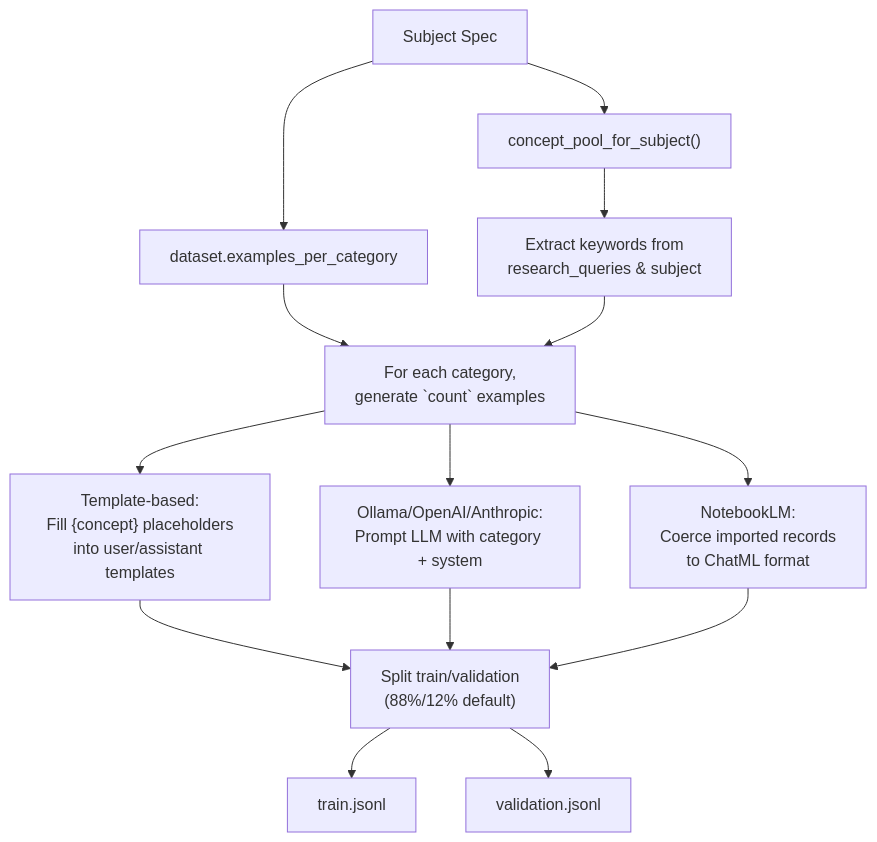
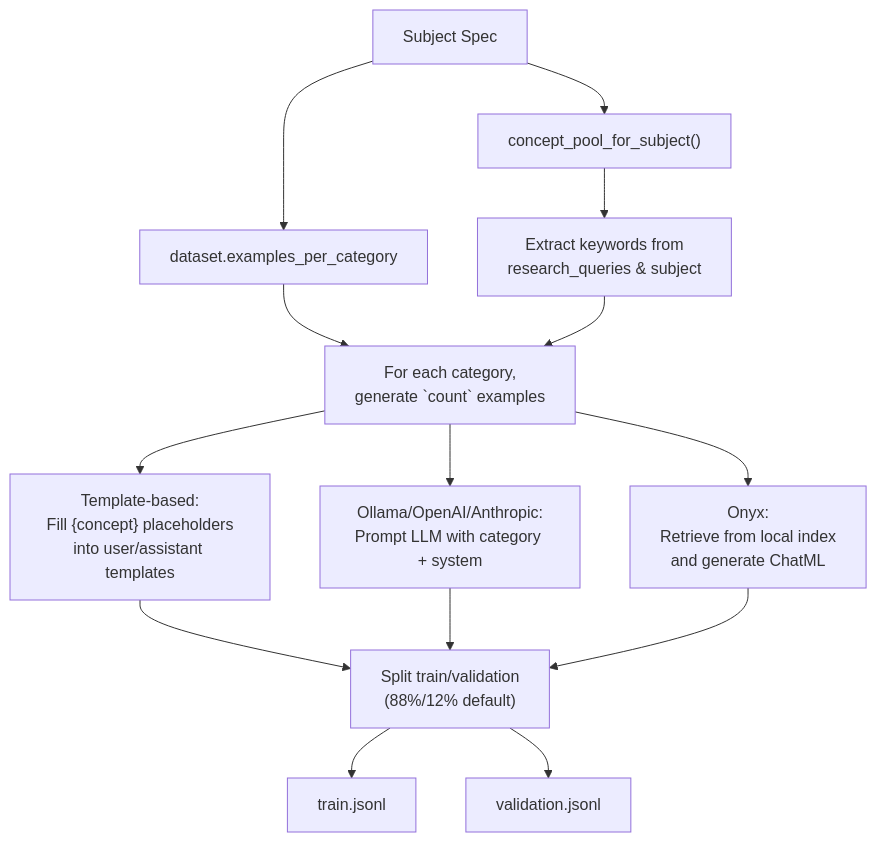
Before and after one commit to athargamedev/Unsloth_Core: the fourth of 7 diagrams in docs/DATASET_STRUCTURE_AND_LOGIC.md, drawn with Mermaid. The commit also changed other lines of this file and 26 other files, not shown here.

````diff
--- a/docs/DATASET_STRUCTURE_AND_LOGIC.md
+++ b/docs/DATASET_STRUCTURE_AND_LOGIC.md
@@ -349,16 +341,16 @@
 ```mermaid
 graph TD
     Spec["Subject Spec"] --> CP["concept_pool_for_subject()"]
     Spec --> EPC["dataset.examples_per_category"]
     CP --> Concepts["Extract keywords from<br/>research_queries & subject"]
     EPC --> Loop["For each category,<br/>generate `count` examples"]
     Concepts --> Loop
     Loop --> TemplateGen["Template-based:<br/>Fill {concept} placeholders<br/>into user/assistant templates"]
     Loop --> OLLM["Ollama/OpenAI/Anthropic:<br/>Prompt LLM with category + system"]
-    Loop --> NB["NotebookLM:<br/>Coerce imported records<br/>to ChatML format"]
+    Loop --> OnyxGen["Onyx:<br/>Retrieve from local index<br/>and generate ChatML"]
     TemplateGen --> Split["Split train/validation<br/>(88%/12% default)"]
     OLLM --> Split
-    NB --> Split
+    OnyxGen --> Split
     Split --> TrainFile["train.jsonl"]
     Split --> ValFile["validation.jsonl"]
 ```
````
